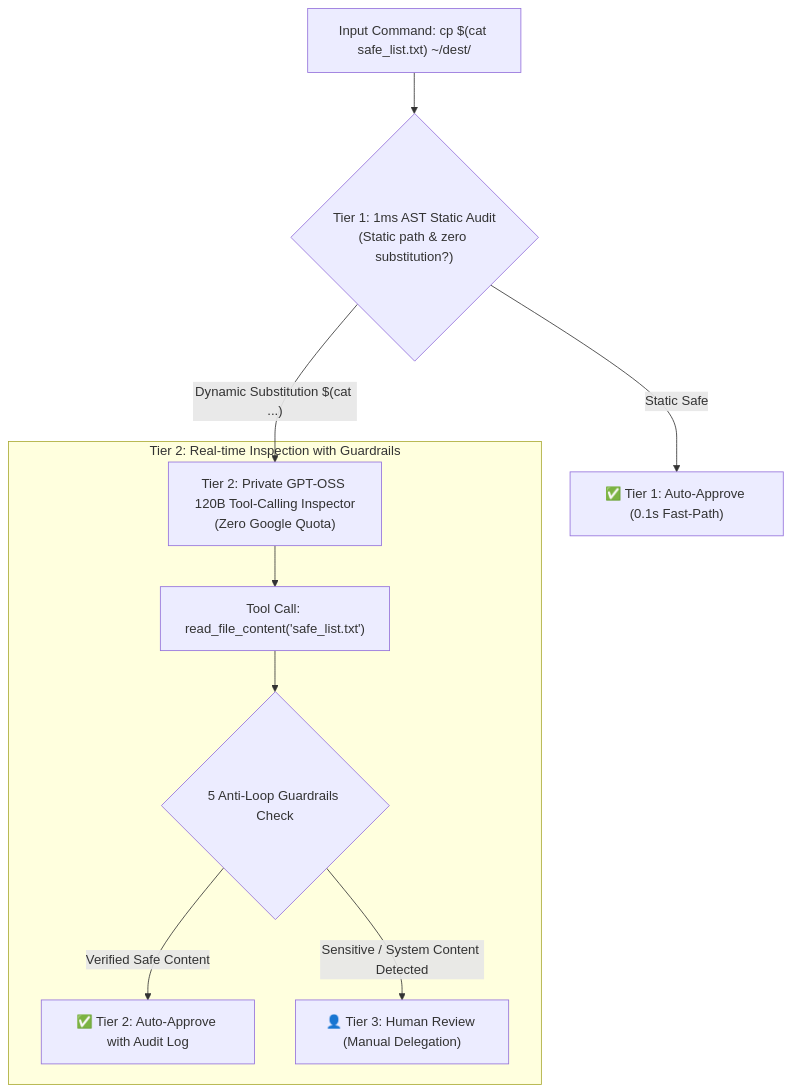
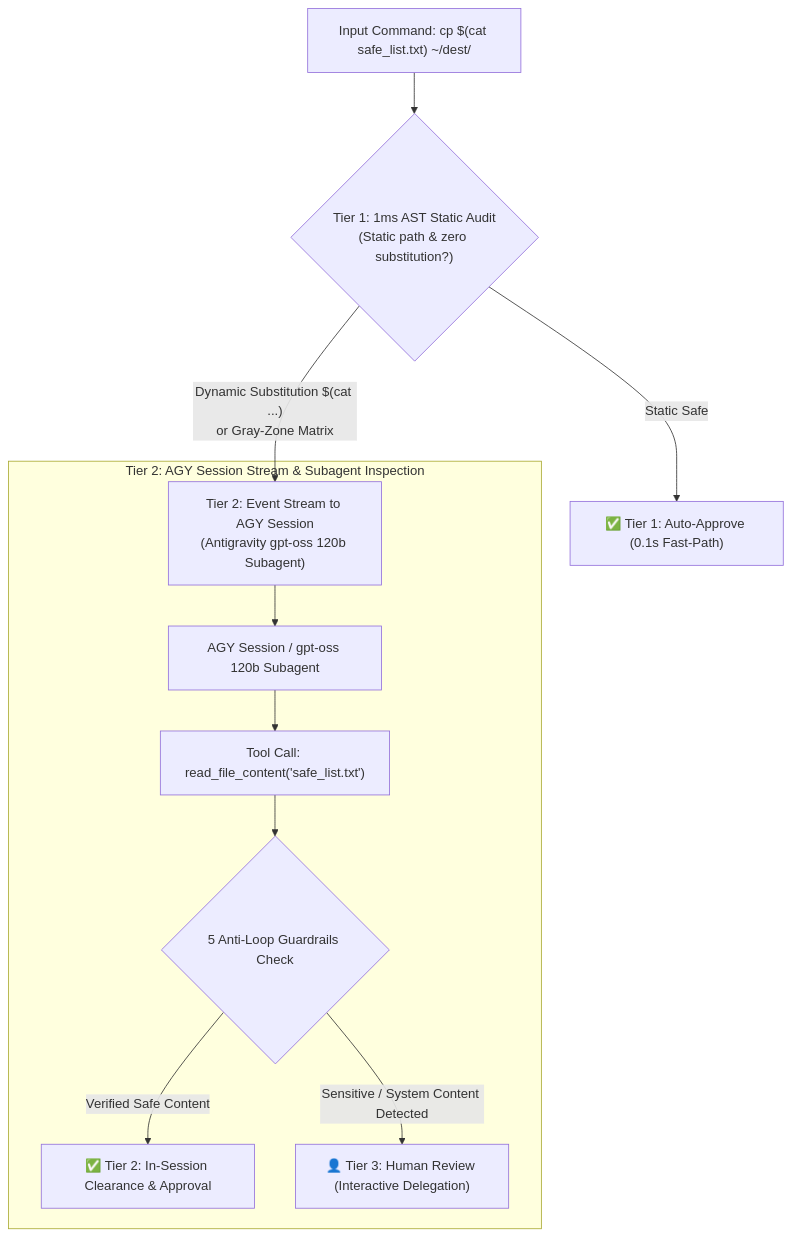
Before and after one commit to Salada/herdr-schengen: the diagram in docs/adr-002-dynamic-substitution-tool-calling-inspector.md, drawn with Mermaid. The commit also changed other lines of this file and 2 other files, not shown here.

First line of the commit message:
fix(architecture): unify dynamic escalation to AGY session stream and clarify NAS non-LLM boundary (ADR-002)

````diff
--- a/docs/adr-002-dynamic-substitution-tool-calling-inspector.md
+++ b/docs/adr-002-dynamic-substitution-tool-calling-inspector.md
@@ -25,13 +30,14 @@
 ```mermaid
 flowchart TD
     CMD["Input Command: cp $(cat safe_list.txt) ~/dest/"] --> L1{"Tier 1: 1ms AST Static Audit<br/>(Static path & zero substitution?)"}
     L1 -->|"Static Safe"| PASS["✅ Tier 1: Auto-Approve (0.1s Fast-Path)"]
-    L1 -->|"Dynamic Substitution $(cat ...)"| L2["Tier 2: Private GPT-OSS 120B Tool-Calling Inspector<br/>(Zero Google Quota)"]
+    L1 -->|"Dynamic Substitution $(cat ...)<br/>or Gray-Zone Matrix"| L2["Tier 2: Event Stream to AGY Session<br/>(Antigravity gpt-oss 120b Subagent)"]
     
-    subgraph L2_Inspection ["Tier 2: Real-time Inspection with Guardrails"]
-        L2 --> TC["Tool Call: read_file_content('safe_list.txt')"]
+    subgraph L2_Inspection ["Tier 2: AGY Session Stream & Subagent Inspection"]
+        L2 --> AGY["AGY Session / gpt-oss 120b Subagent"]
+        AGY --> TC["Tool Call: read_file_content('safe_list.txt')"]
         TC --> G5{"5 Anti-Loop Guardrails Check"}
-        G5 -->|"Verified Safe Content"| L2_PASS["✅ Tier 2: Auto-Approve with Audit Log"]
-        G5 -->|"Sensitive / System Content Detected"| L3["👤 Tier 3: Human Review (Manual Delegation)"]
+        G5 -->|"Verified Safe Content"| L2_PASS["✅ Tier 2: In-Session Clearance & Approval"]
+        G5 -->|"Sensitive / System Content Detected"| L3["👤 Tier 3: Human Review (Interactive Delegation)"]
     end
 ```
````
